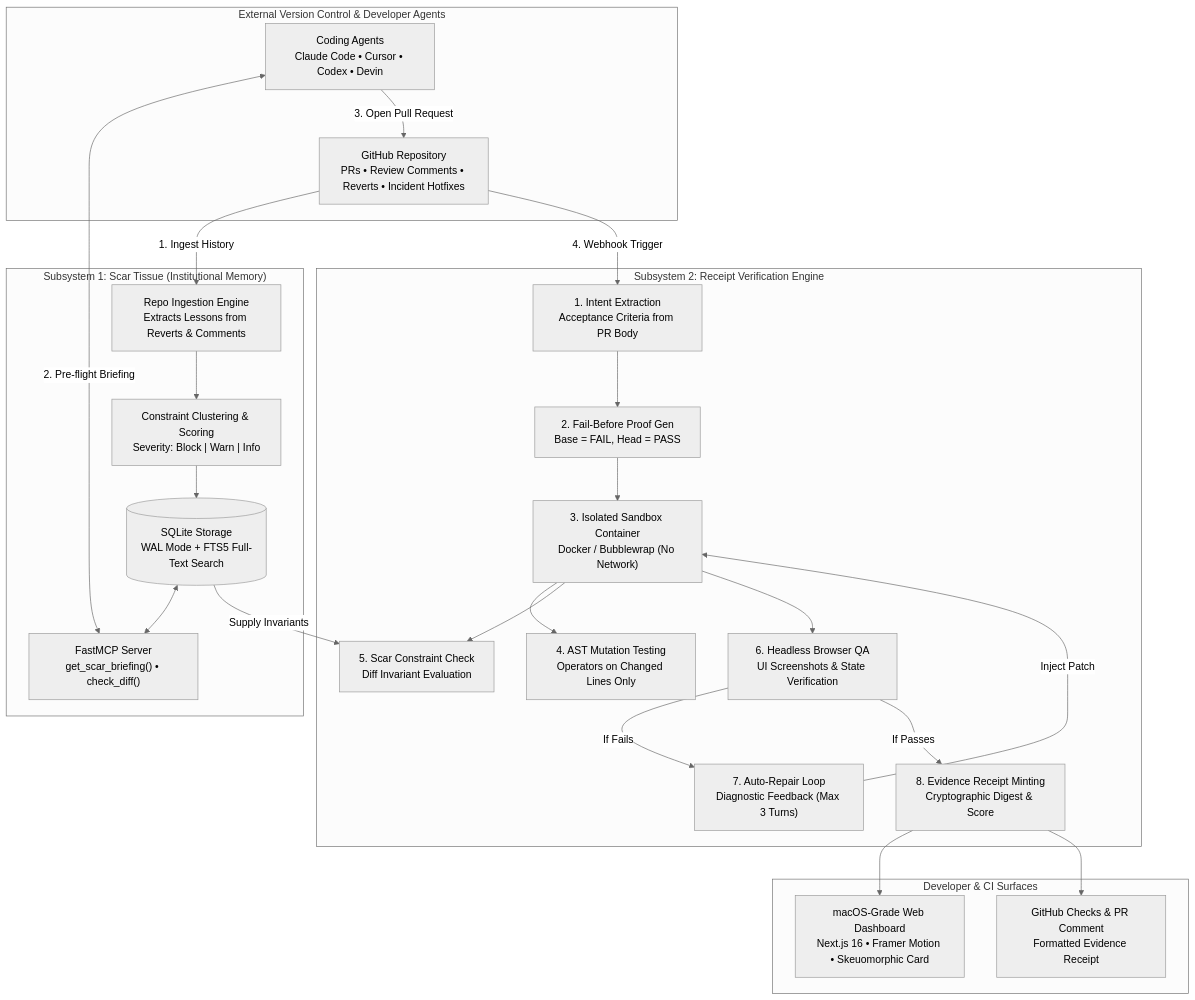
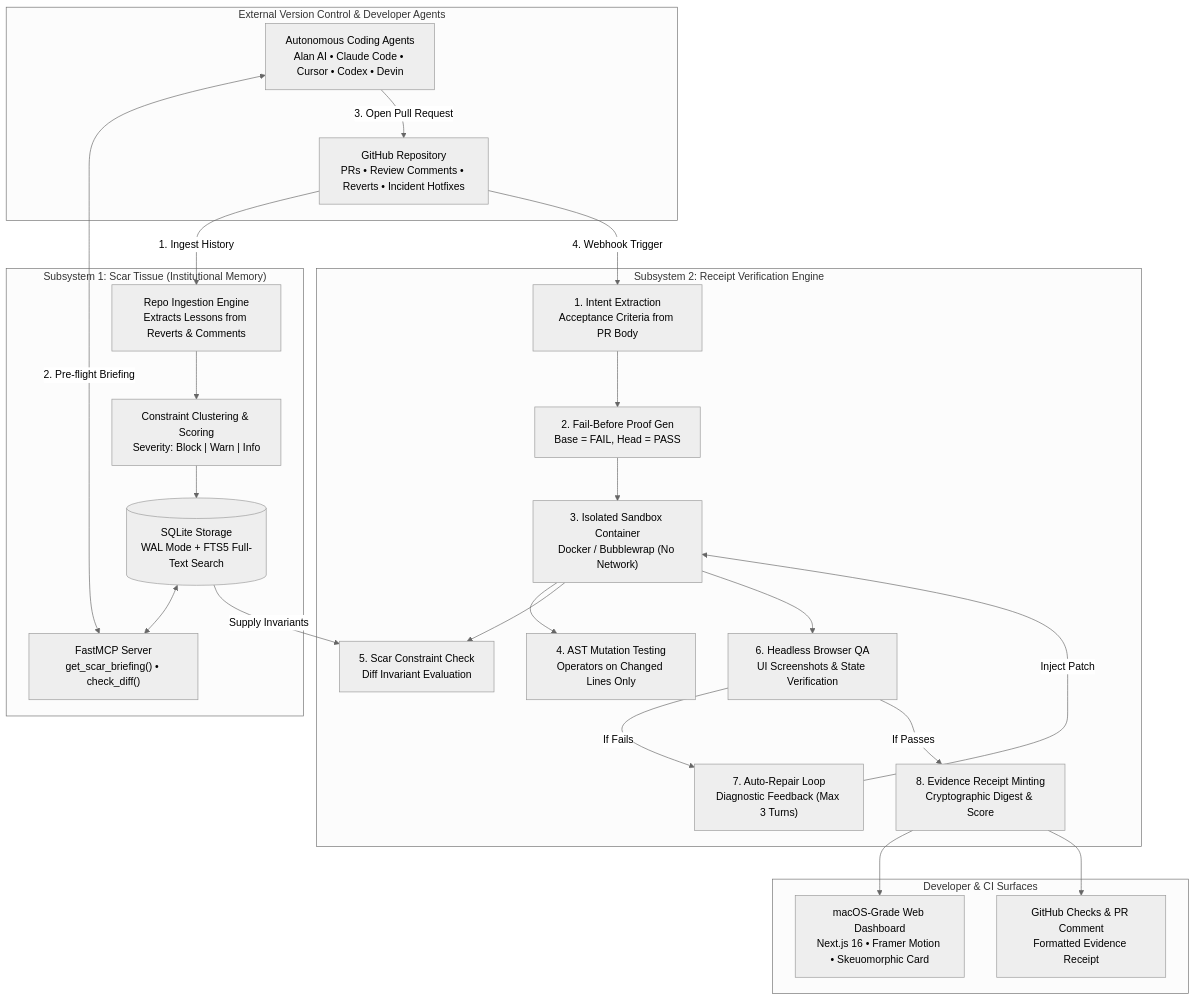
The diagram in README.md (Paramveersingh-S/Receipt), drawn with Mermaid (neutral theme) before and after one commit. The commit also changed other lines of this file, not shown here.

Commit message:
docs: highlight Alan AI agent integration, webhook verification, and self-repair loop

````diff
--- a/README.md
+++ b/README.md
@@ -47,46 +47,46 @@
 ```mermaid
 flowchart TD
   subgraph GITHUB ["External Version Control & Developer Agents"]
     REPO["GitHub Repository<br/>PRs • Review Comments • Reverts • Incident Hotfixes"]
-    AGENTS["Coding Agents<br/>Claude Code • Cursor • Codex • Devin"]
+    AGENTS["Autonomous Coding Agents<br/>Alan AI • Claude Code • Cursor • Codex • Devin"]
   end
 
   subgraph MEMORY ["Subsystem 1: Scar Tissue (Institutional Memory)"]
     INGEST["Repo Ingestion Engine<br/>Extracts Lessons from Reverts & Comments"]
     CLUST["Constraint Clustering & Scoring<br/>Severity: Block | Warn | Info"]
     STORE[("SQLite Storage<br/>WAL Mode + FTS5 Full-Text Search")]
     MCP["FastMCP Server<br/>get_scar_briefing() • check_diff()"]
   end
 
   subgraph VERIFY ["Subsystem 2: Receipt Verification Engine"]
     INTENT["1. Intent Extraction<br/>Acceptance Criteria from PR Body"]
     FAILBEFORE["2. Fail-Before Proof Gen<br/>Base = FAIL, Head = PASS"]
     SANDBOX["3. Isolated Sandbox Container<br/>Docker / Bubblewrap (No Network)"]
     MUTATION["4. AST Mutation Testing<br/>Operators on Changed Lines Only"]
     SCAR_CHECK["5. Scar Constraint Check<br/>Diff Invariant Evaluation"]
     BROWSER_QA["6. Headless Browser QA<br/>UI Screenshots & State Verification"]
     REPAIR["7. Auto-Repair Loop<br/>Diagnostic Feedback (Max 3 Turns)"]
     MINT["8. Evidence Receipt Minting<br/>Cryptographic Digest & Score"]
   end
 
   subgraph OUTPUTS ["Developer & CI Surfaces"]
     UI["macOS-Grade Web Dashboard<br/>Next.js 16 • Framer Motion • Skeuomorphic Card"]
     STATUS["GitHub Checks & PR Comment<br/>Formatted Evidence Receipt"]
   end
 
   REPO -->|1. Ingest History| INGEST --> CLUST --> STORE
   STORE <--> MCP
   AGENTS <-->|2. Pre-flight Briefing| MCP
   AGENTS -->|3. Open Pull Request| REPO
   REPO -->|4. Webhook Trigger| INTENT
   INTENT --> FAILBEFORE --> SANDBOX
   SANDBOX --> MUTATION
   STORE -->|Supply Invariants| SCAR_CHECK
   SANDBOX --> SCAR_CHECK
   SANDBOX --> BROWSER_QA
   BROWSER_QA -->|If Fails| REPAIR
   REPAIR -->|Inject Patch| SANDBOX
   BROWSER_QA -->|If Passes| MINT
   MINT --> UI
   MINT --> STATUS
 ```
````
